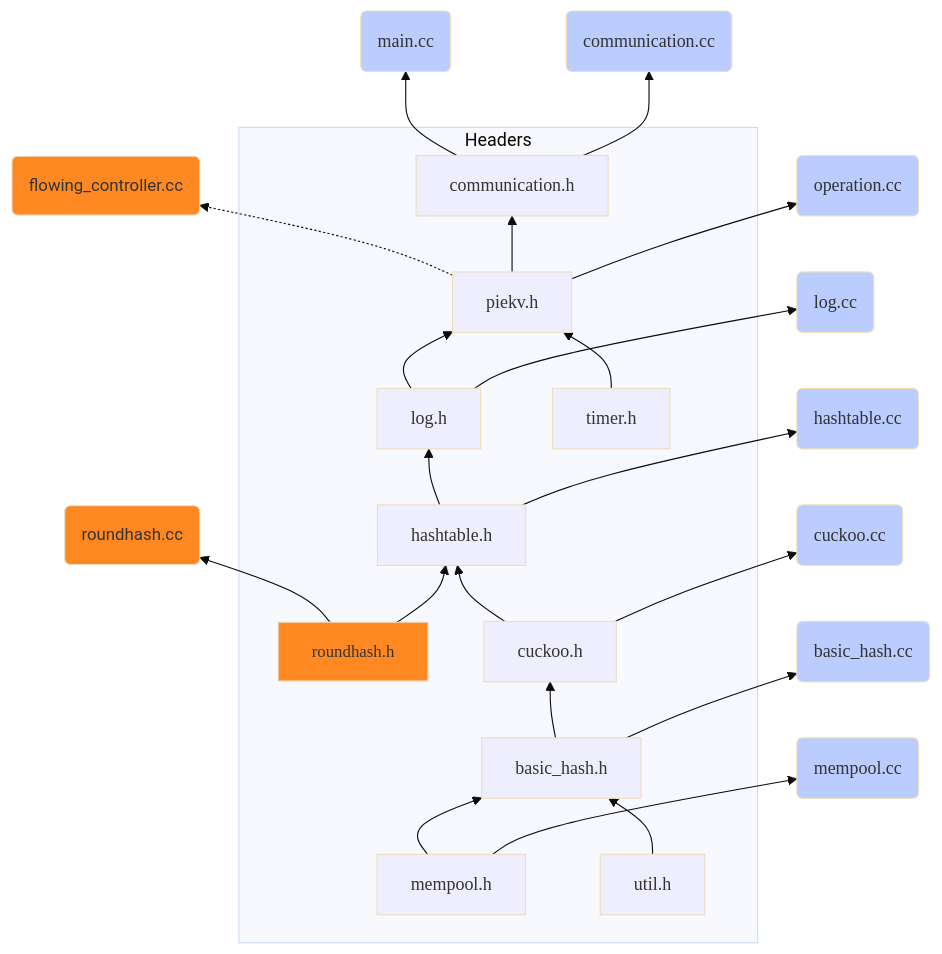
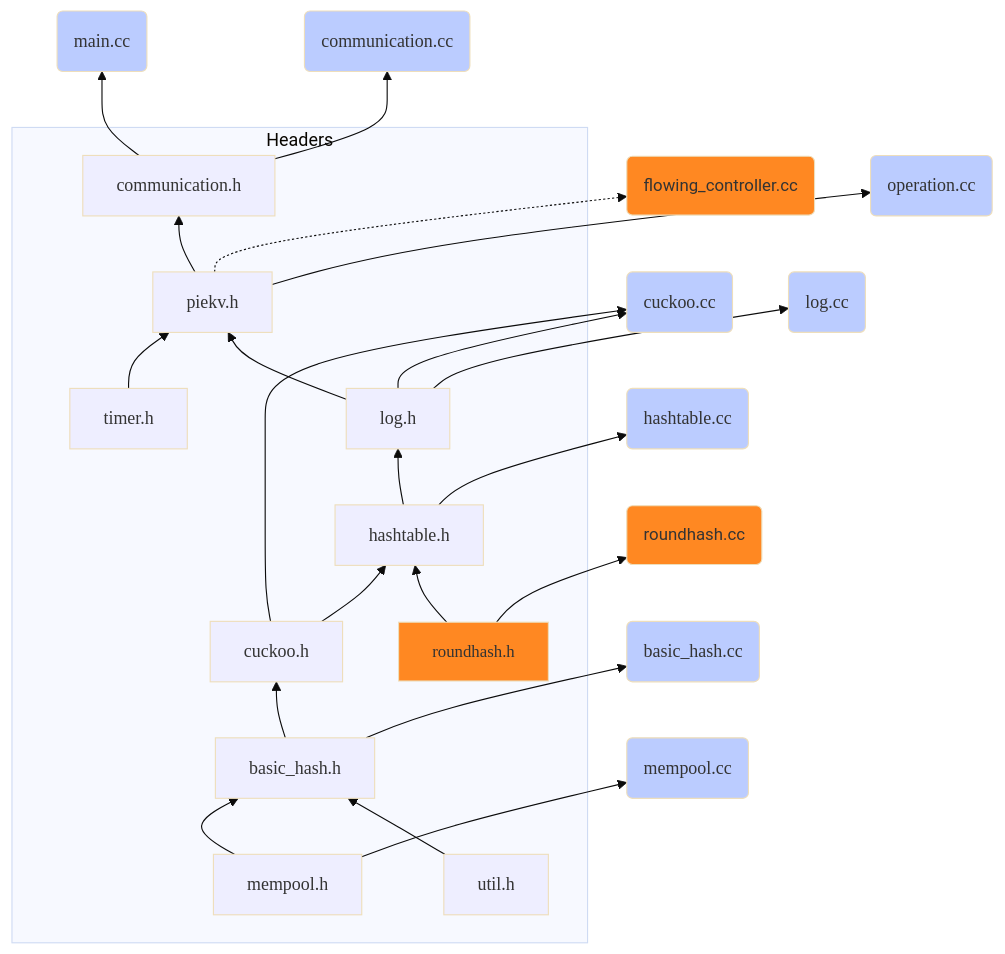
The second of 2 diagrams in README.md (JuvenileFir/ACEKV), drawn with Mermaid (base theme) before and after one commit. The commit also changed other lines of this file, not shown here.

````diff
--- a/README.md
+++ b/README.md
@@ -75,41 +75,42 @@
 ```mermaid
 %%{ init: { 'flowchart': { 'curve': 'basis' } } }%%
 flowchart BT
 roundhash.h:::header --> rp(roundhash.cc):::diff
 piekv.h -.-> fp(flowing_controller.cc):::diff
 subgraph Headers
 basic_hash.h:::header --> cuckoo.h
 cuckoo.h:::header --> hashtable.h
 hashtable.h:::header --> log.h
 timer.h:::header --> piekv.h
 log.h:::header --> piekv.h
 mempool.h --> basic_hash.h
 piekv.h:::header --> communication.h
 roundhash.h:::diff --> hashtable.h
 
 util.h:::header --> basic_hash.h
 end
 basic_hash.h --> bp(basic_hash.cc):::source
 
 
 communication.h --> main(main.cc):::source
 communication.h:::header --> cp(communication.cc):::source
 
 cuckoo.h --> cc(cuckoo.cc):::source
 
 hashtable.h --> ht(hashtable.cc):::source
 
 log.h --> lg(log.cc):::source
+log.h --> cc(cuckoo.cc):::source
 
 mempool.h:::header --> mp(mempool.cc):::source
 
 piekv.h --> op(operation.cc):::source
 
 %%util.h --> zipf.h
 
 %%zipf.h --> NO_INCLUDE
 classDef header fill:#eef,font-family:arias,font-size:16px,font-weight:300;
 classDef source fill:#bcf,font-family:arias,font-size:16px;
 classDef diff fill:#f82,font-size:15px;
 
 ```
````
